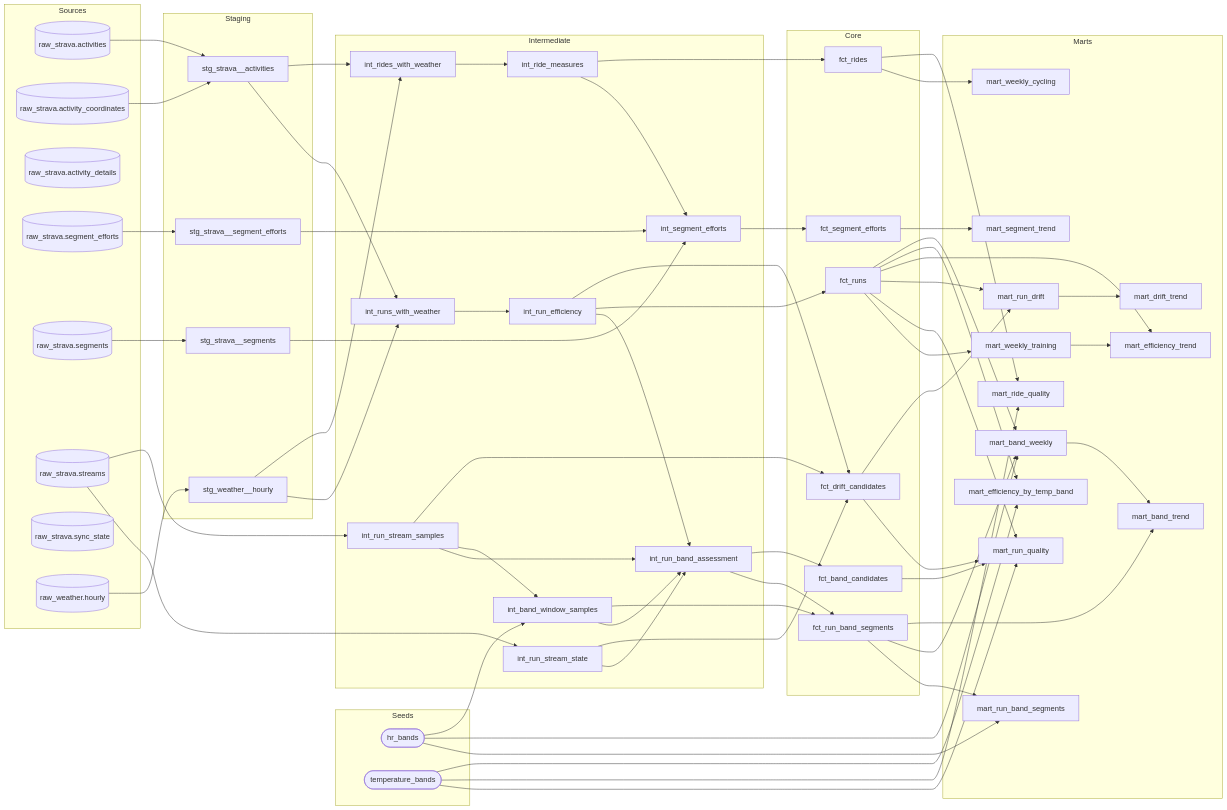
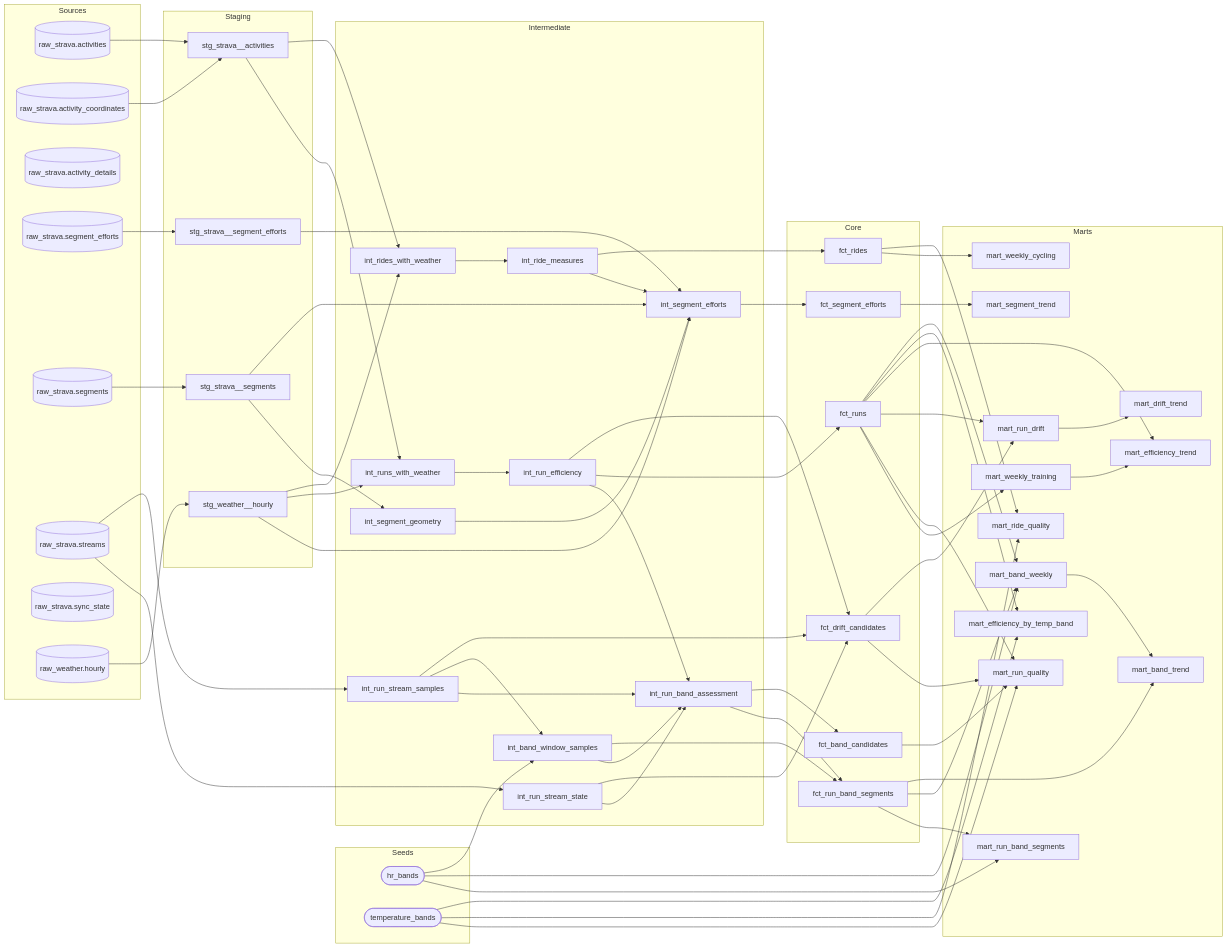
One commit to mowen18/fitness-analytics changed the diagram in README.md. Above: the diagram before and after it, drawn with Mermaid. The commit also changed other lines of this file and 1 other file, not shown here.

```diff
--- a/README.md
+++ b/README.md
@@ -251,6 +264,7 @@
         model_running_analytics_int_run_stream_state["int_run_stream_state"]
         model_running_analytics_int_runs_with_weather["int_runs_with_weather"]
         model_running_analytics_int_segment_efforts["int_segment_efforts"]
+        model_running_analytics_int_segment_geometry["int_segment_geometry"]
     end
 
     subgraph core["Core"]
@@ -309,6 +323,7 @@
     model_running_analytics_int_run_stream_state --> model_running_analytics_int_run_band_assessment
     model_running_analytics_int_runs_with_weather --> model_running_analytics_int_run_efficiency
     model_running_analytics_int_segment_efforts --> model_running_analytics_fct_segment_efforts
+    model_running_analytics_int_segment_geometry --> model_running_analytics_int_segment_efforts
     model_running_analytics_mart_band_weekly --> model_running_analytics_mart_band_trend
     model_running_analytics_mart_run_drift --> model_running_analytics_mart_drift_trend
     model_running_analytics_mart_weekly_training --> model_running_analytics_mart_efficiency_trend
@@ -316,8 +331,10 @@
     model_running_analytics_stg_strava__activities --> model_running_analytics_int_runs_with_weather
     model_running_analytics_stg_strava__segment_efforts --> model_running_analytics_int_segment_efforts
     model_running_analytics_stg_strava__segments --> model_running_analytics_int_segment_efforts
+    model_running_analytics_stg_strava__segments --> model_running_analytics_int_segment_geometry
     model_running_analytics_stg_weather__hourly --> model_running_analytics_int_rides_with_weather
     model_running_analytics_stg_weather__hourly --> model_running_analytics_int_runs_with_weather
+    model_running_analytics_stg_weather__hourly --> model_running_analytics_int_segment_efforts
     seed_running_analytics_hr_bands --> model_running_analytics_int_band_window_samples
     seed_running_analytics_hr_bands --> model_running_analytics_mart_band_weekly
     seed_running_analytics_hr_bands --> model_running_analytics_mart_run_band_segments
```
